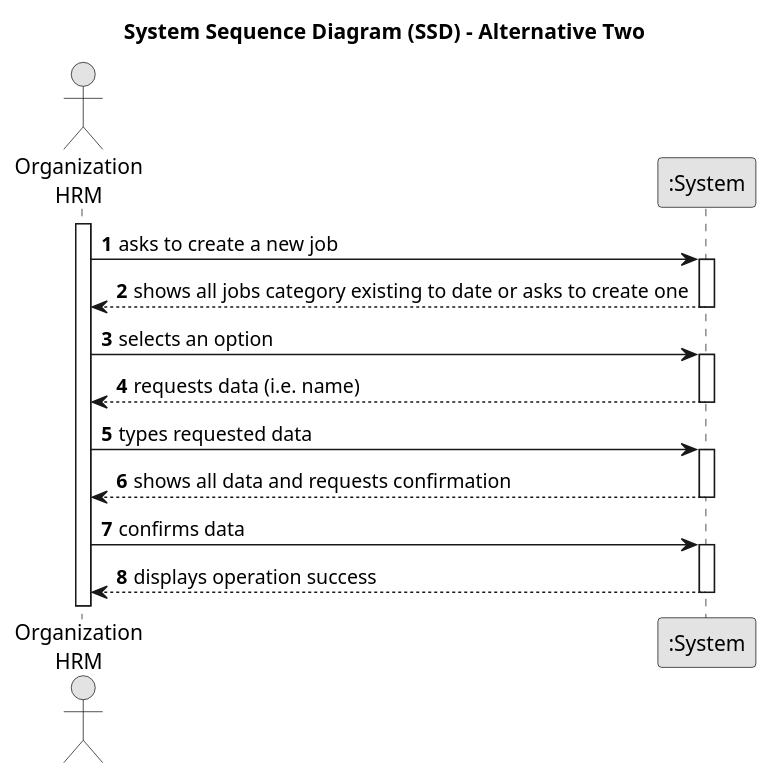
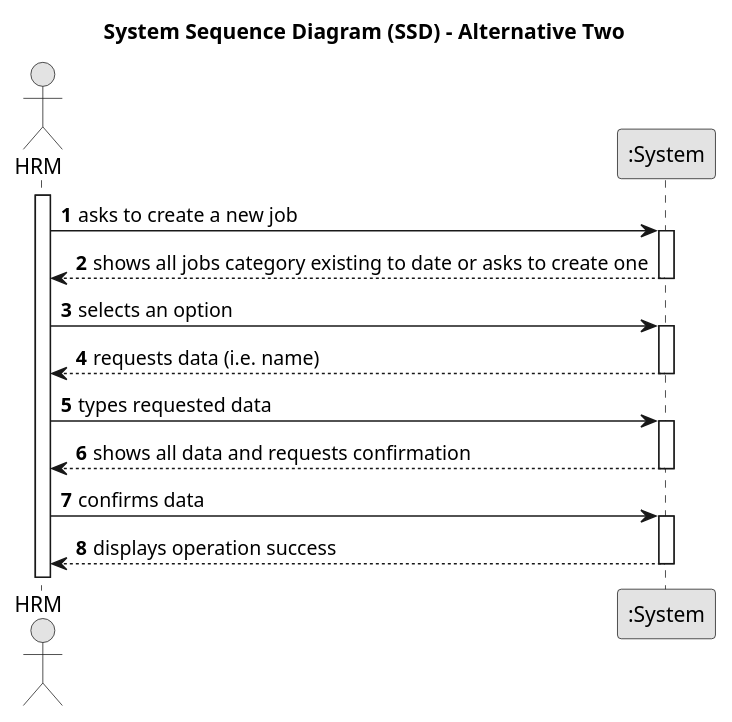
The diagram in docs/sprintA&B/us002/01.requirements-engineering/puml/us002-system-sequence-diagram-alternative-two.puml (daniel41silva05/ISEP_2023_2024_LAPR2), drawn with PlantUML before and after one commit. The commit also changed 10 other files, not shown here.

```diff
--- a/docs/sprintA&B/us002/01.requirements-engineering/puml/us002-system-sequence-diagram-alternative-two.puml
+++ b/docs/sprintA&B/us002/01.requirements-engineering/puml/us002-system-sequence-diagram-alternative-two.puml
@@ -1,38 +1,38 @@
 @startuml
 skinparam monochrome true
 skinparam packageStyle rectangle
 skinparam shadowing false
 
 title System Sequence Diagram (SSD) - Alternative Two
 
 autonumber
 
-actor "Organization\nHRM" as Employee
+actor "HRM" as HRM
 participant ":System" as System
 
-activate Employee
+activate HRM
 
-    Employee -> System : asks to create a new job
+    HRM -> System : asks to create a new job
     activate System
 
-        System --> Employee : shows all jobs category existing to date or asks to create one
+        System --> HRM : shows all jobs category existing to date or asks to create one
     deactivate System
 
-    Employee -> System : selects an option
+    HRM -> System : selects an option
     activate System
 
-        System --> Employee : requests data (i.e. name)
+        System --> HRM : requests data (i.e. name)
     deactivate System
 
-    Employee -> System : types requested data
+    HRM -> System : types requested data
     activate System
 
-        System --> Employee : shows all data and requests confirmation
+        System --> HRM : shows all data and requests confirmation
     deactivate System
 
-    Employee -> System : confirms data
+    HRM -> System : confirms data
     activate System
 
-        System --> Employee : displays operation success
+        System --> HRM : displays operation success
     deactivate System
 @enduml
```
